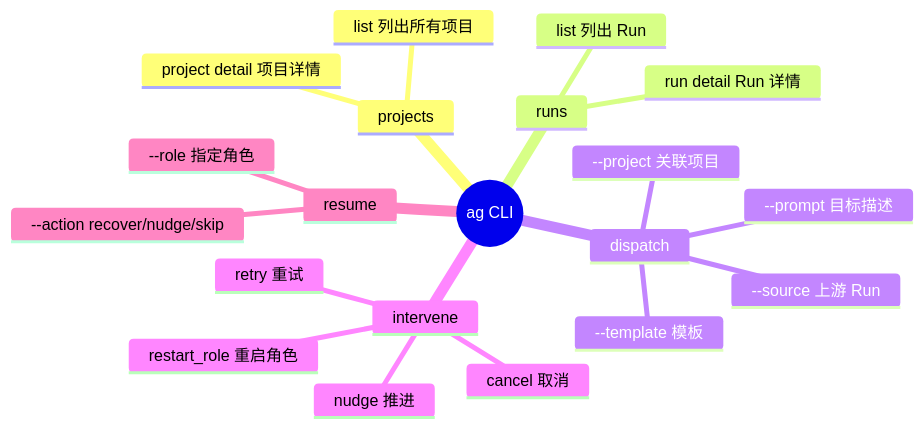
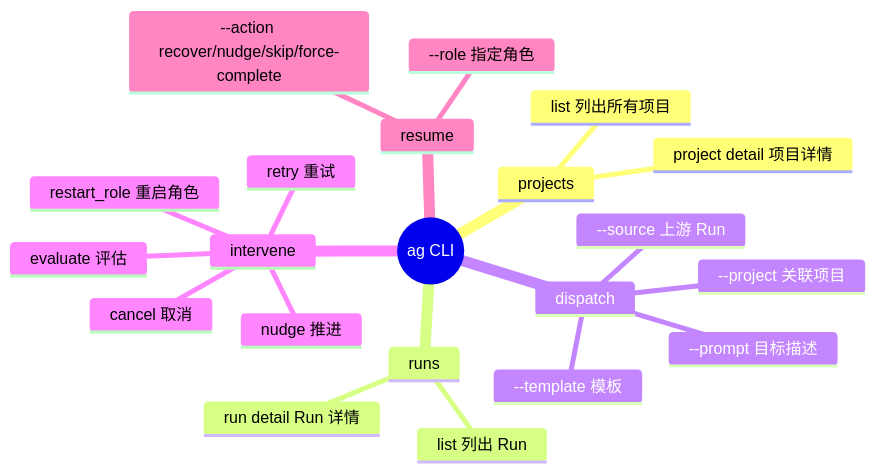
One commit to pikapikaspeedup/OPC_CEO changed diagram 18 of 20 in ARCHITECTURE.md. Above: the diagram before and after it, drawn with Mermaid. The commit also changed other lines of this file and 517 other files, not shown here.

````diff
--- a/ARCHITECTURE.md
+++ b/ARCHITECTURE.md
@@ -446,23 +1033,24 @@
 ```mermaid
 mindmap
   root((ag CLI))
     projects
       list 列出所有项目
       project detail 项目详情
     runs
       list 列出 Run
       run detail Run 详情
     dispatch
       --project 关联项目
       --source 上游 Run
       --template 模板
       --prompt 目标描述
     intervene
       retry 重试
       nudge 推进
       restart_role 重启角色
       cancel 取消
+      evaluate 评估
     resume
-      --action recover/nudge/skip
+      --action recover/nudge/skip/force-complete
       --role 指定角色
 ```
````
